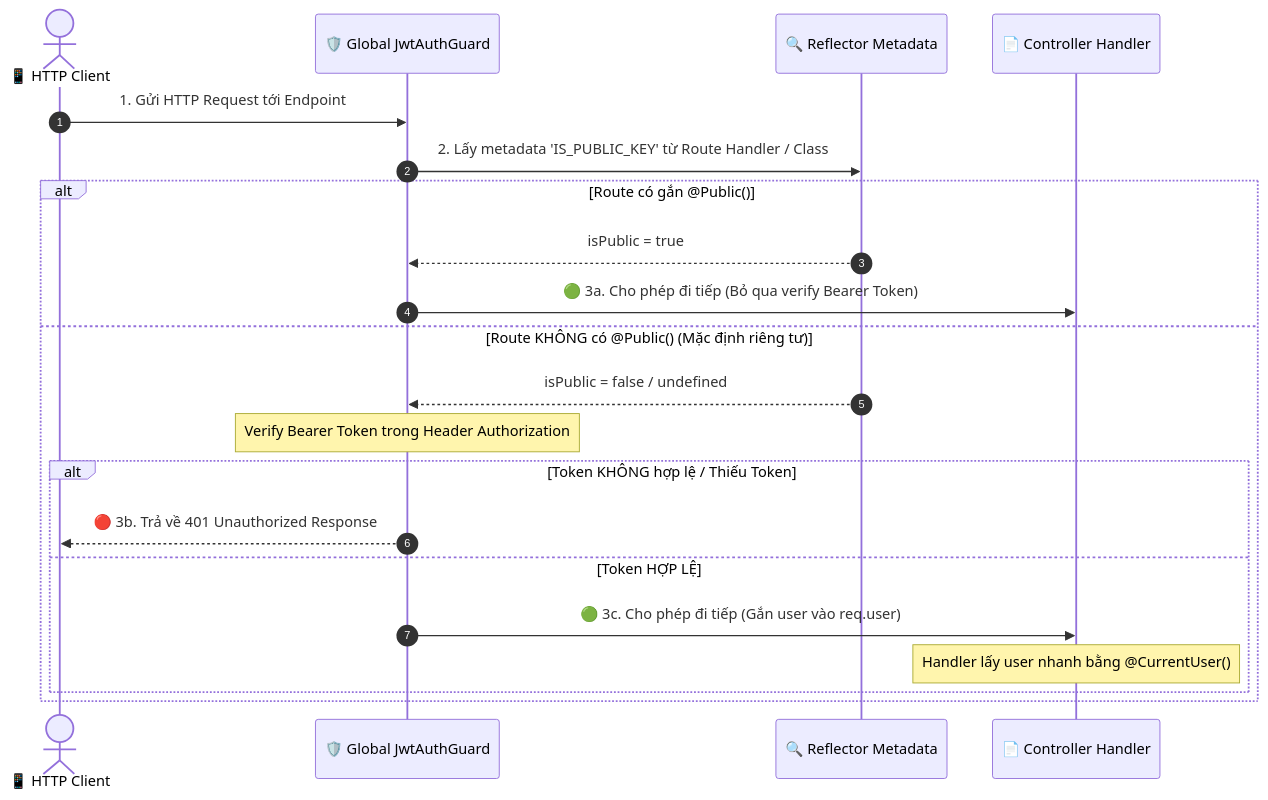
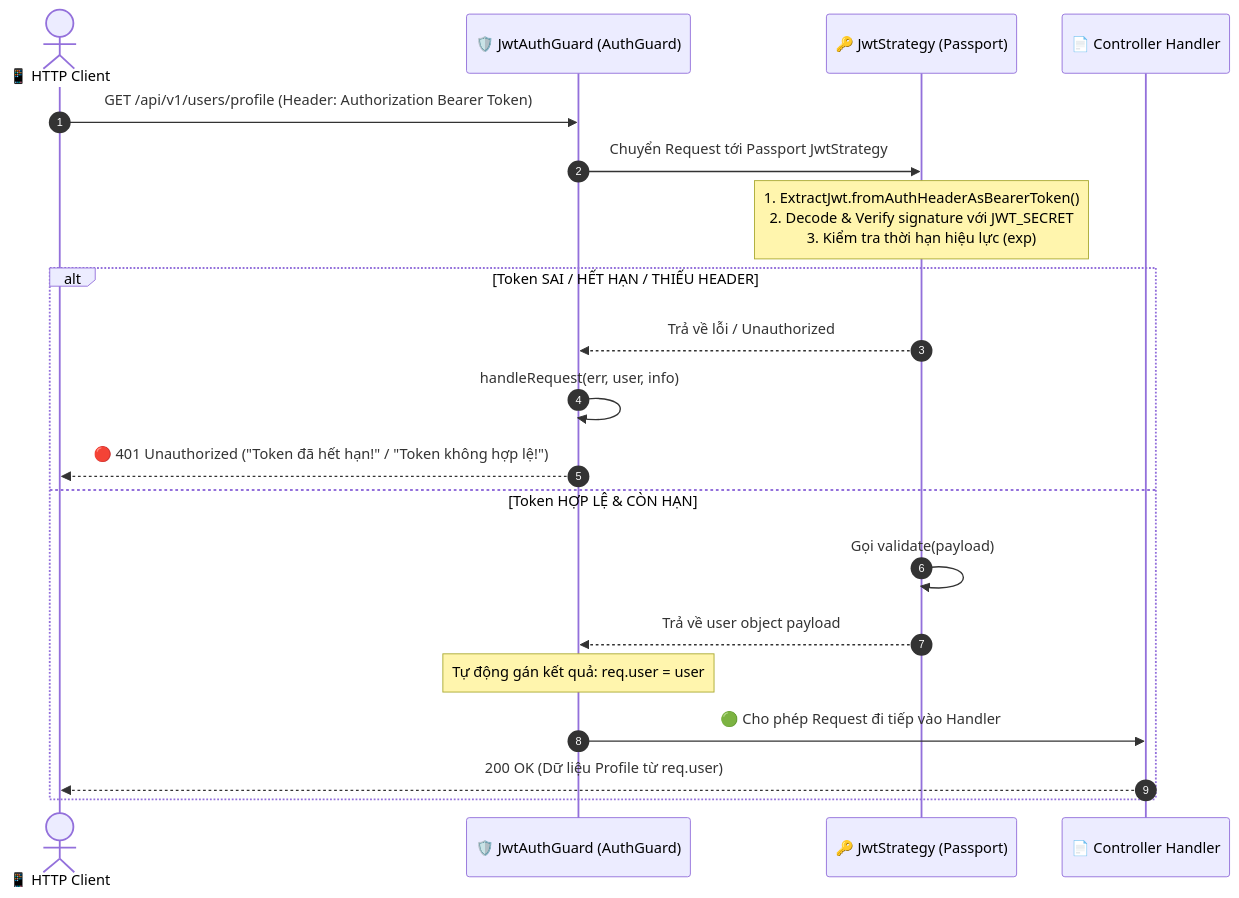
Before and after one commit to thanhmati/nestjs-basic-course: the second of 3 diagrams in docs/modules/module-04/lesson-4.4/lesson-4.4.md, drawn with Mermaid. The commit also changed other lines of this file and 10 other files, not shown here.

````diff
--- a/docs/modules/module-04/lesson-4.4/lesson-4.4.md
+++ b/docs/modules/module-04/lesson-4.4/lesson-4.4.md
@@ -68,25 +84,25 @@
 ```mermaid
 sequenceDiagram
     autonumber
     actor Client as 📱 HTTP Client
-    participant Guard as 🛡️ Global JwtAuthGuard
-    participant Reflector as 🔍 Reflector Metadata
+    participant Guard as 🛡️ JwtAuthGuard (AuthGuard)
+    participant Strategy as 🔑 JwtStrategy (Passport)
     participant Controller as 📄 Controller Handler
 
-    Client->>Guard: 1. Gửi HTTP Request tới Endpoint
-    Guard->>Reflector: 2. Lấy metadata 'IS_PUBLIC_KEY' từ Route Handler / Class
+    Client->>Guard: GET /api/v1/users/profile (Header: Authorization Bearer Token)
+    Guard->>Strategy: Chuyển Request tới Passport JwtStrategy
 
-    alt Route có gắn @Public()
-        Reflector-->>Guard: isPublic = true
-        Guard->>Controller: 🟢 3a. Cho phép đi tiếp (Bỏ qua verify Bearer Token)
-    else Route KHÔNG có @Public() (Mặc định riêng tư)
-        Reflector-->>Guard: isPublic = false / undefined
-        Note over Guard: Verify Bearer Token trong Header Authorization
-        alt Token KHÔNG hợp lệ / Thiếu Token
-            Guard-->>Client: 🔴 3b. Trả về 401 Unauthorized Response
-        else Token HỢP LỆ
-            Guard->>Controller: 🟢 3c. Cho phép đi tiếp (Gắn user vào req.user)
-            Note over Controller: Handler lấy user nhanh bằng @CurrentUser()
-        end
+    Note over Strategy: 1. ExtractJwt.fromAuthHeaderAsBearerToken()<br/>2. Decode & Verify signature với JWT_SECRET<br/>3. Kiểm tra thời hạn hiệu lực (exp)
+
+    alt Token SAI / HẾT HẠN / THIẾU HEADER
+        Strategy-->>Guard: Trả về lỗi / Unauthorized
+        Guard->>Guard: handleRequest(err, user, info)
+        Guard-->>Client: 🔴 401 Unauthorized ("Token đã hết hạn!" / "Token không hợp lệ!")
+    else Token HỢP LỆ & CÒN HẠN
+        Strategy->>Strategy: Gọi validate(payload)
+        Strategy-->>Guard: Trả về user object payload
+        Note over Guard: Tự động gán kết quả: req.user = user
+        Guard->>Controller: 🟢 Cho phép Request đi tiếp vào Handler
+        Controller-->>Client: 200 OK (Dữ liệu Profile từ req.user)
     end
 ```
````
